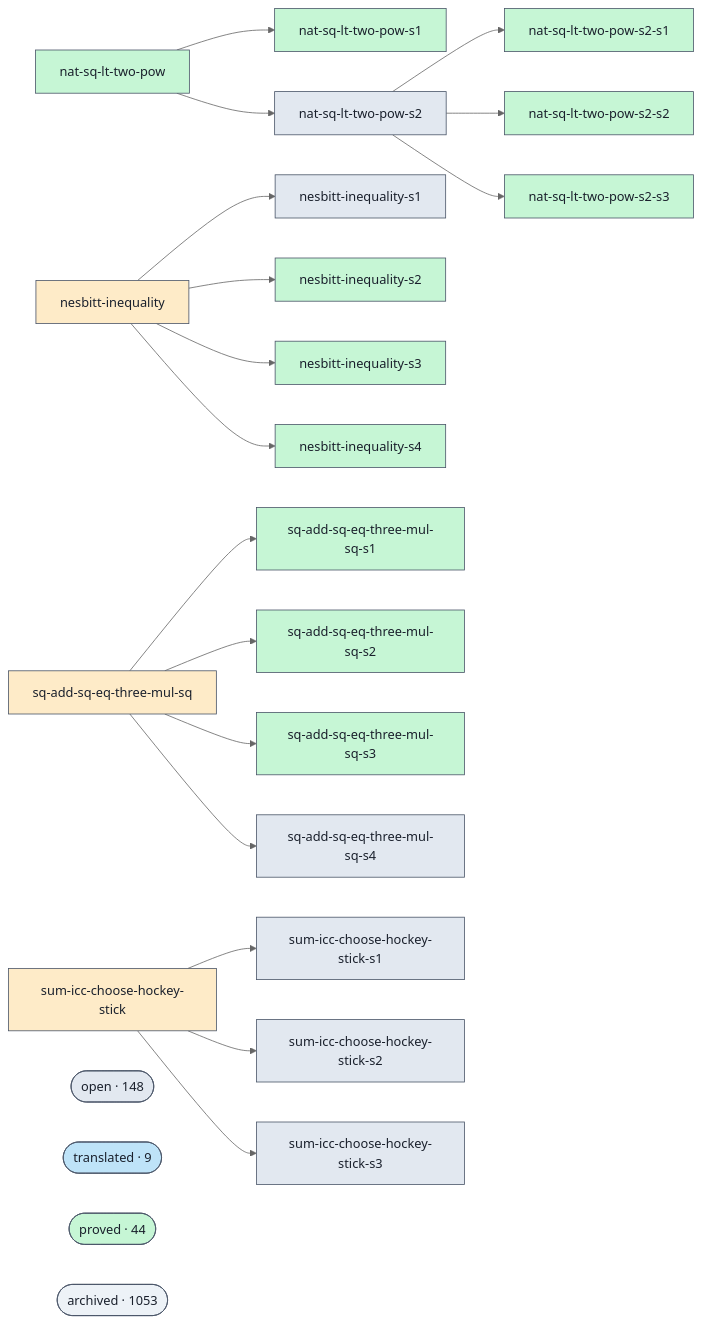
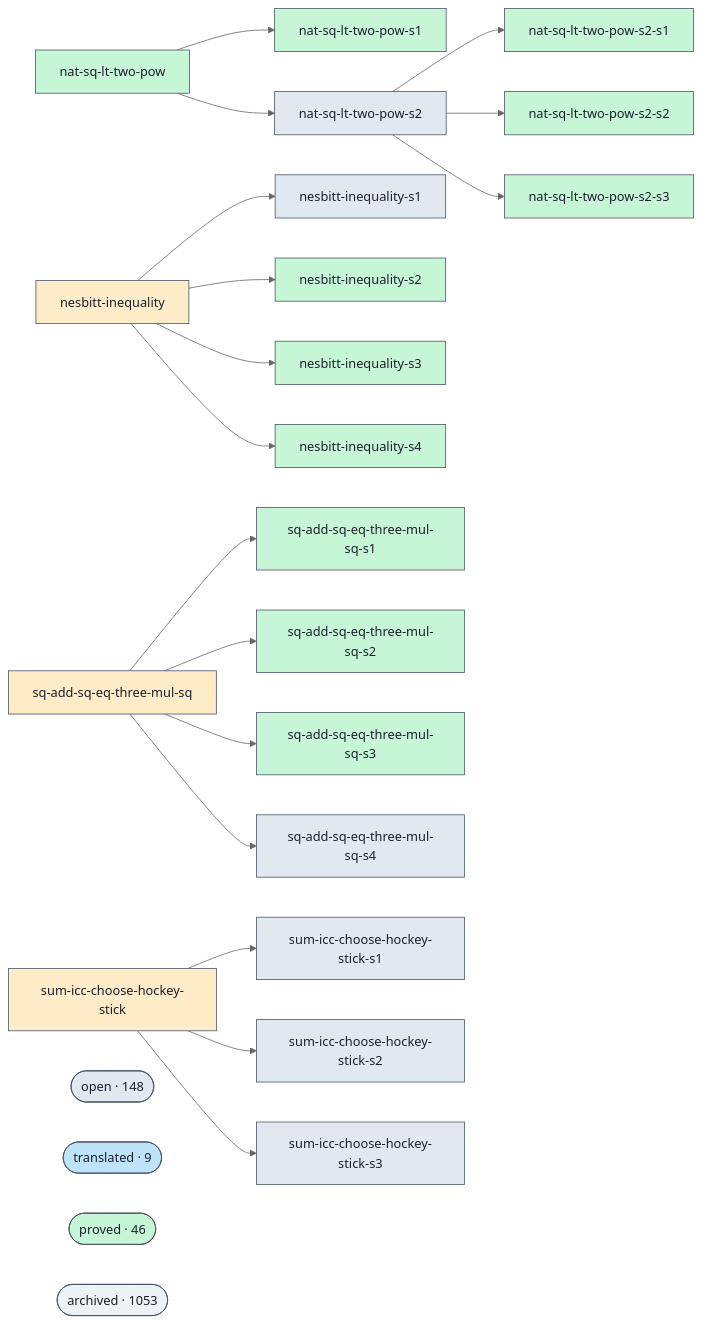
One commit to ohdearquant/unsorry changed the diagram in docs/proofs-contributors-visualisation.md. Above: the diagram before and after it, drawn with Mermaid (neutral theme). The commit also changed other lines of this file and 2 other files, not shown here.

```diff
--- a/docs/proofs-contributors-visualisation.md
+++ b/docs/proofs-contributors-visualisation.md
@@ -102,7 +102,7 @@
   class cluster_open open;
   cluster_translated(["translated · 9"])
   class cluster_translated translated;
-  cluster_proved(["proved · 44"])
+  cluster_proved(["proved · 46"])
   class cluster_proved proved;
   cluster_archived(["archived · 1053"])
   class cluster_archived unknown;
```
